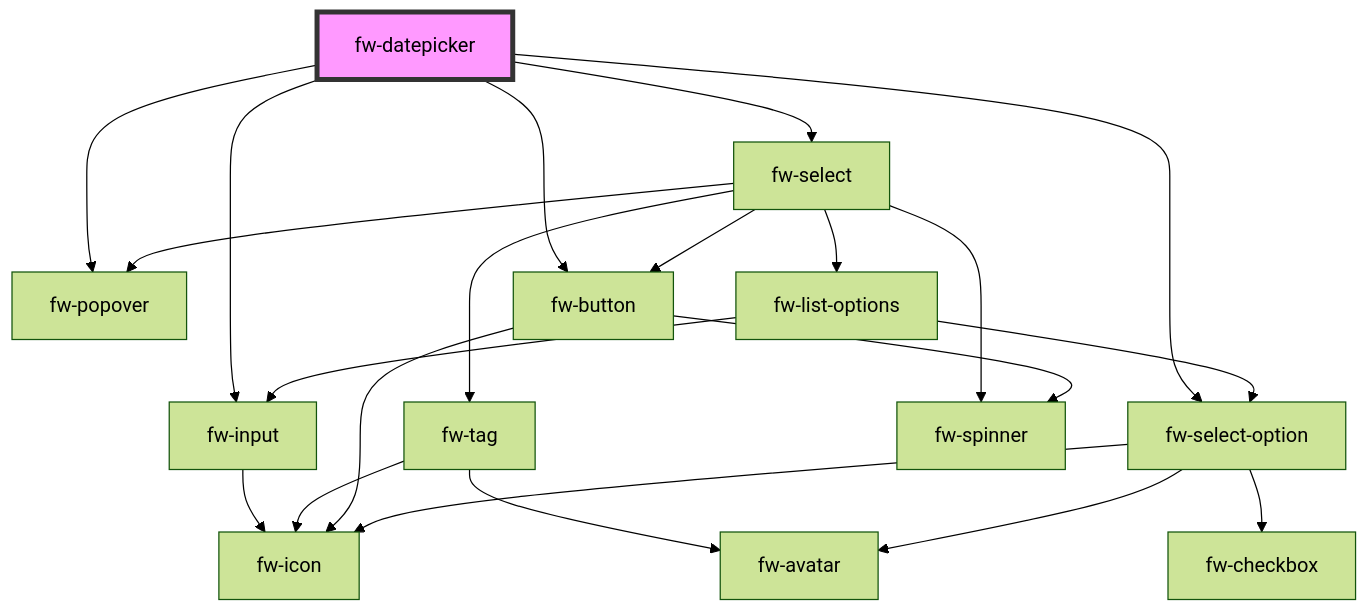
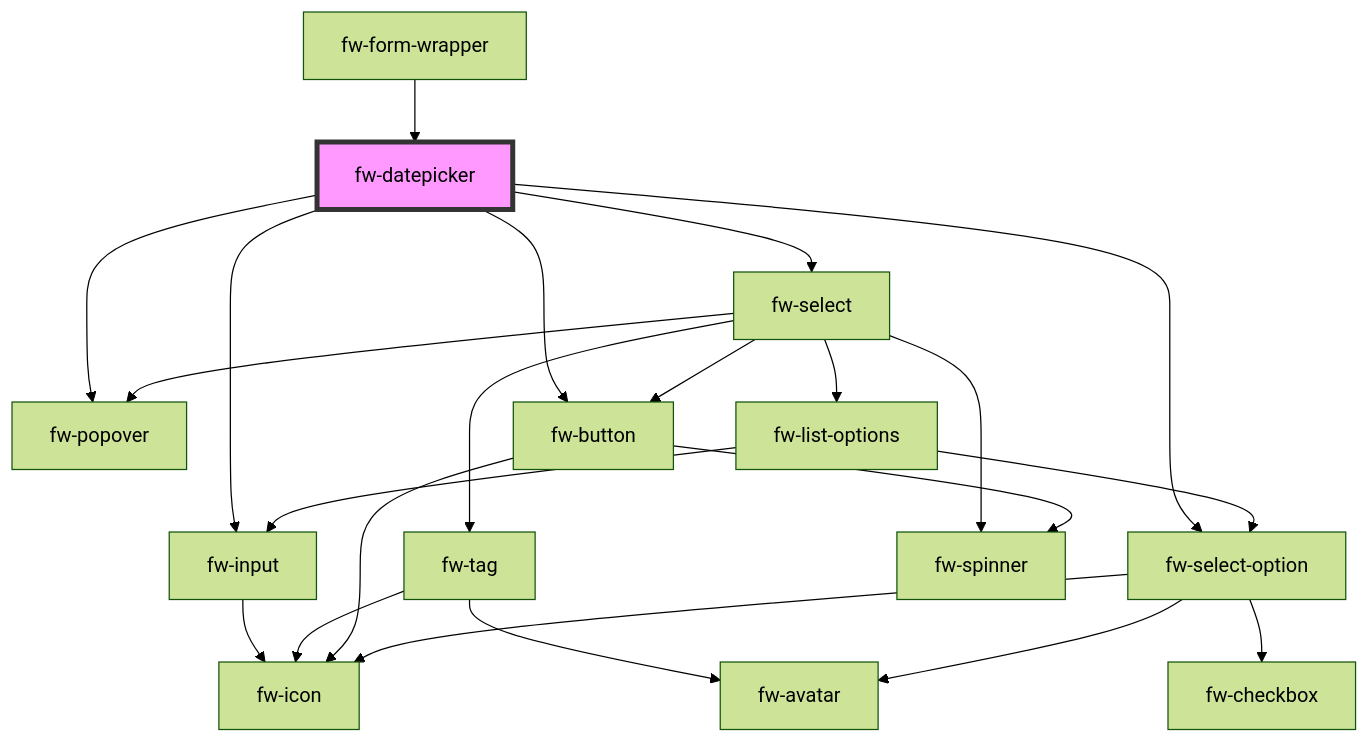
One commit to freshworks/crayons changed the diagram in packages/crayons-core/src/components/datepicker/readme.md. Above: the diagram before and after it, drawn with Mermaid (forest theme). The commit also changed other lines of this file and 9 other files, not shown here.

````diff
--- a/packages/crayons-core/src/components/datepicker/readme.md
+++ b/packages/crayons-core/src/components/datepicker/readme.md
@@ -100,24 +111,25 @@
 ```mermaid
 graph TD;
   fw-datepicker --> fw-popover
   fw-datepicker --> fw-input
   fw-datepicker --> fw-select
   fw-datepicker --> fw-select-option
   fw-datepicker --> fw-button
   fw-input --> fw-icon
   fw-select --> fw-tag
   fw-select --> fw-popover
   fw-select --> fw-button
   fw-select --> fw-spinner
   fw-select --> fw-list-options
   fw-tag --> fw-avatar
   fw-tag --> fw-icon
   fw-button --> fw-spinner
   fw-button --> fw-icon
   fw-list-options --> fw-select-option
   fw-list-options --> fw-input
   fw-select-option --> fw-icon
   fw-select-option --> fw-checkbox
   fw-select-option --> fw-avatar
+  fw-form-wrapper --> fw-datepicker
   style fw-datepicker fill:#f9f,stroke:#333,stroke-width:4px
 ```
````
